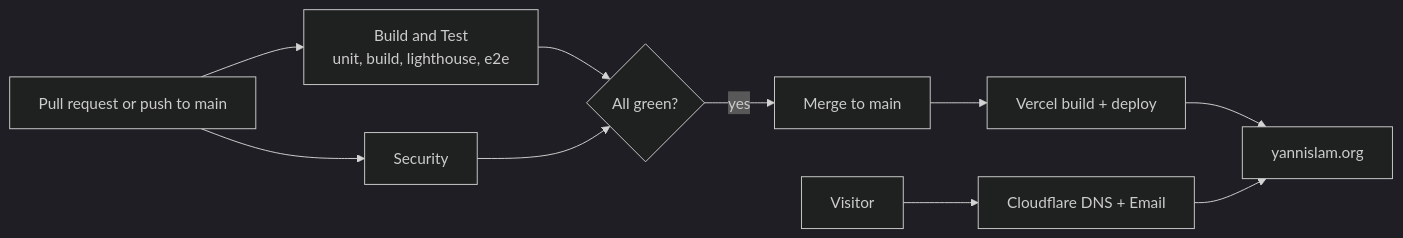
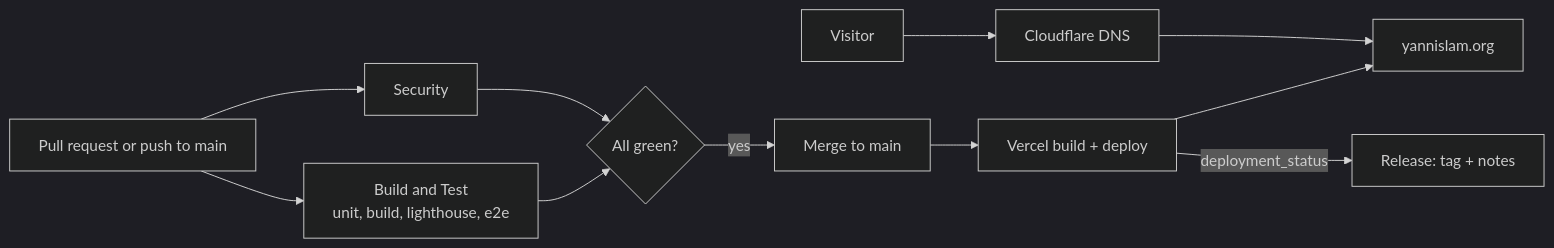
Before and after one commit to AardeYamz/v3.yannislam.org: the second of 2 diagrams in README.md, drawn with Mermaid (dark theme). The commit also changed other lines of this file and 2 other files, not shown here.

````diff
--- a/README.md
+++ b/README.md
@@ -38,9 +38,10 @@
 ```mermaid
 flowchart LR
     PR["Pull request or push to main"] --> CI["Build and Test<br/>unit, build, lighthouse, e2e"]
     PR --> Sec["Security"]
     CI & Sec --> Gate{"All green?"}
     Gate -->|"yes"| Merge["Merge to main"]
     Merge --> Vercel["Vercel build + deploy"] --> Edge["yannislam.org"]
-    Visitor["Visitor"] --> CF["Cloudflare DNS + Email"] --> Edge
+    Vercel -->|"deployment_status"| Release["Release: tag + notes"]
+    Visitor["Visitor"] --> CF["Cloudflare DNS"] --> Edge
 ```
````
